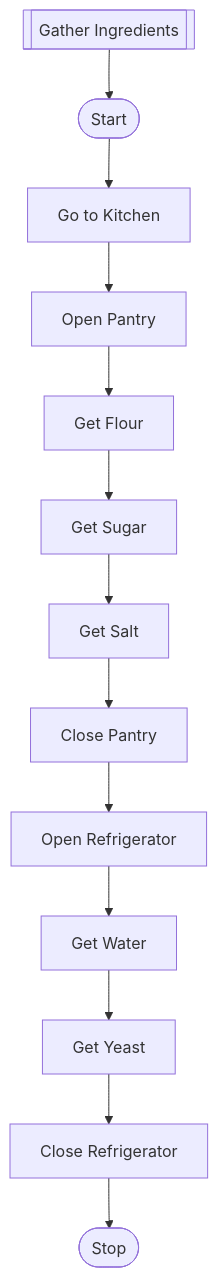
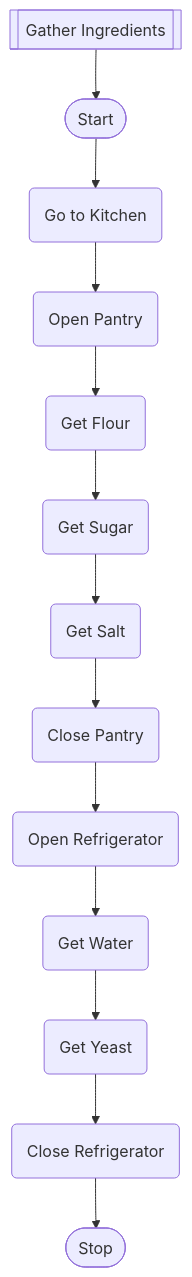
One commit to davrot/pytutorial changed the second of 3 diagrams in flow/baking_bread/README.md. Above: the diagram before and after it, drawn with Mermaid. The commit also changed other lines of this file, not shown here.

```diff
--- a/flow/baking_bread/README.md
+++ b/flow/baking_bread/README.md
@@ -23,14 +40,14 @@
   <pre class="mermaid">
     graph TD
-      gi[["Gather Ingredients"]] --> A(["Start"]) --> B["Go to Kitchen"]
-      B --> C["Open Pantry"]
-      C --> D1["Get Flour"]
-      D1 --> D2["Get Sugar"]
-      D2 --> D3["Get Salt"]
-      D3 --> E["Close Pantry"]
-      E --> F["Open Refrigerator"]
-      F --> G1["Get Water"]
-      G1 --> G2["Get Yeast"]
-      G2 --> H["Close Refrigerator"]
+      gi[["Gather Ingredients"]] --> A(["Start"]) --> B("Go to Kitchen")
+      B --> C("Open Pantry")
+      C --> D1("Get Flour")
+      D1 --> D2("Get Sugar")
+      D2 --> D3("Get Salt")
+      D3 --> E("Close Pantry")
+      E --> F("Open Refrigerator")
+      F --> G1("Get Water")
+      G1 --> G2("Get Yeast")
+      G2 --> H("Close Refrigerator")
       H --> I(["Stop"])
       </pre>  
```
